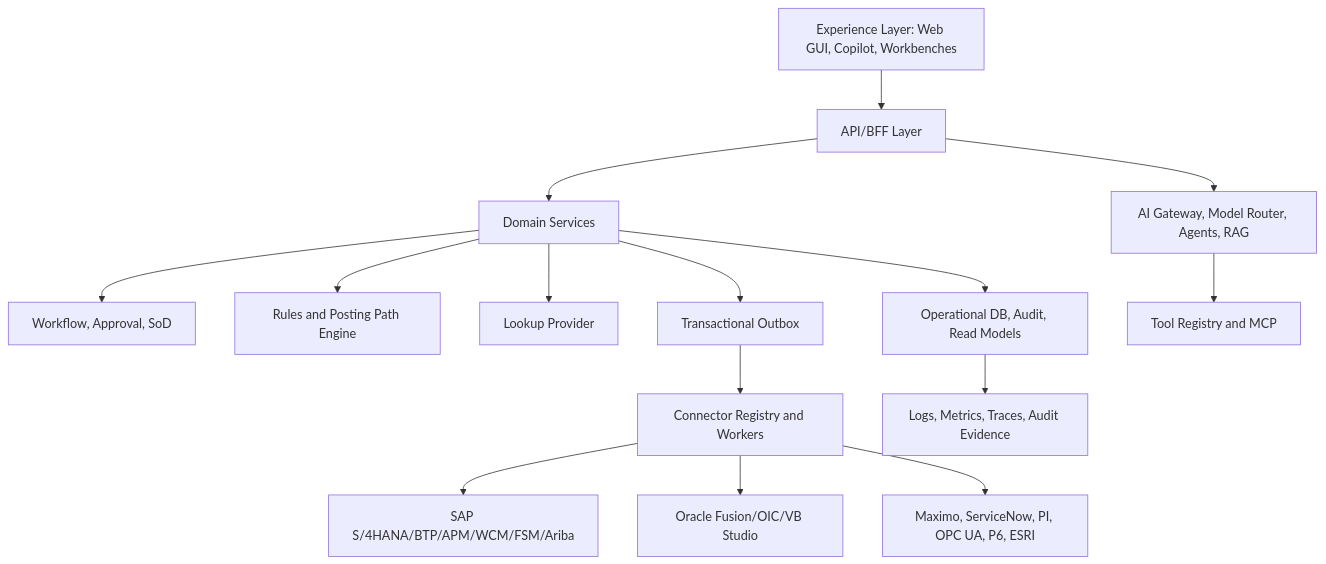
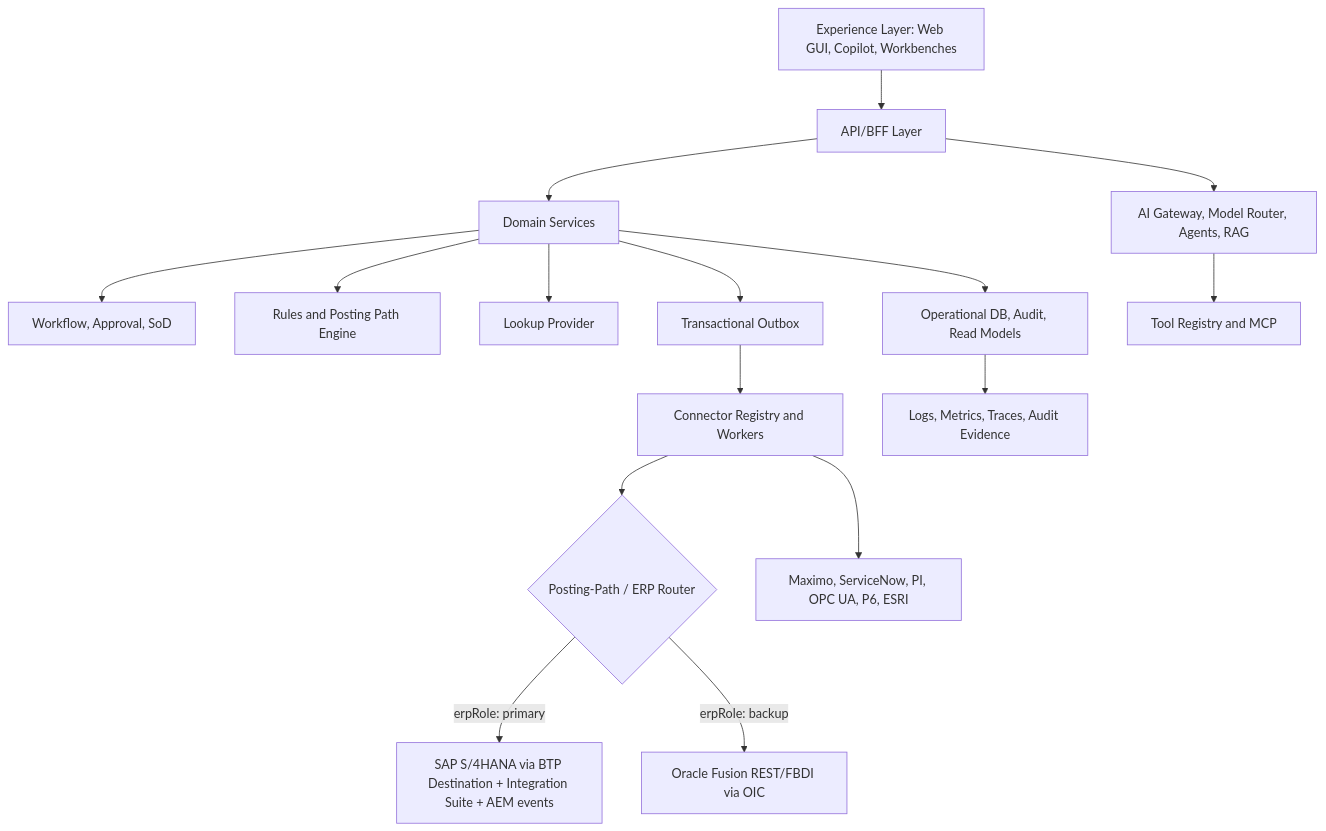
Before and after one commit to Asset-Solve/sto-sot-nexus-command-os: the diagram in docs/architecture/ENTERPRISE_LAYERED_ARCHITECTURE.md, drawn with Mermaid. The commit also changed other lines of this file and 161 other files, not shown here.

````diff
--- a/docs/architecture/ENTERPRISE_LAYERED_ARCHITECTURE.md
+++ b/docs/architecture/ENTERPRISE_LAYERED_ARCHITECTURE.md
@@ -3,17 +3,18 @@
 ```mermaid
 flowchart TB
   UI[Experience Layer: Web GUI, Copilot, Workbenches] --> API[API/BFF Layer]
   API --> Domain[Domain Services]
   Domain --> Workflow[Workflow, Approval, SoD]
   Domain --> Rules[Rules and Posting Path Engine]
   Domain --> Lookup[Lookup Provider]
   Domain --> Outbox[Transactional Outbox]
   Outbox --> Connectors[Connector Registry and Workers]
-  Connectors --> SAP[SAP S/4HANA/BTP/APM/WCM/FSM/Ariba]
-  Connectors --> Oracle[Oracle Fusion/OIC/VB Studio]
+  Connectors --> Router{Posting-Path / ERP Router}
+  Router -->|erpRole: primary| SAP[SAP S/4HANA via BTP Destination + Integration Suite + AEM events]
+  Router -->|erpRole: backup| Oracle[Oracle Fusion REST/FBDI via OIC]
   Connectors --> NonSAP[Maximo, ServiceNow, PI, OPC UA, P6, ESRI]
   Domain --> Data[Operational DB, Audit, Read Models]
   API --> AI[AI Gateway, Model Router, Agents, RAG]
   AI --> Tools[Tool Registry and MCP]
   Data --> Obs[Logs, Metrics, Traces, Audit Evidence]
 ```
````
